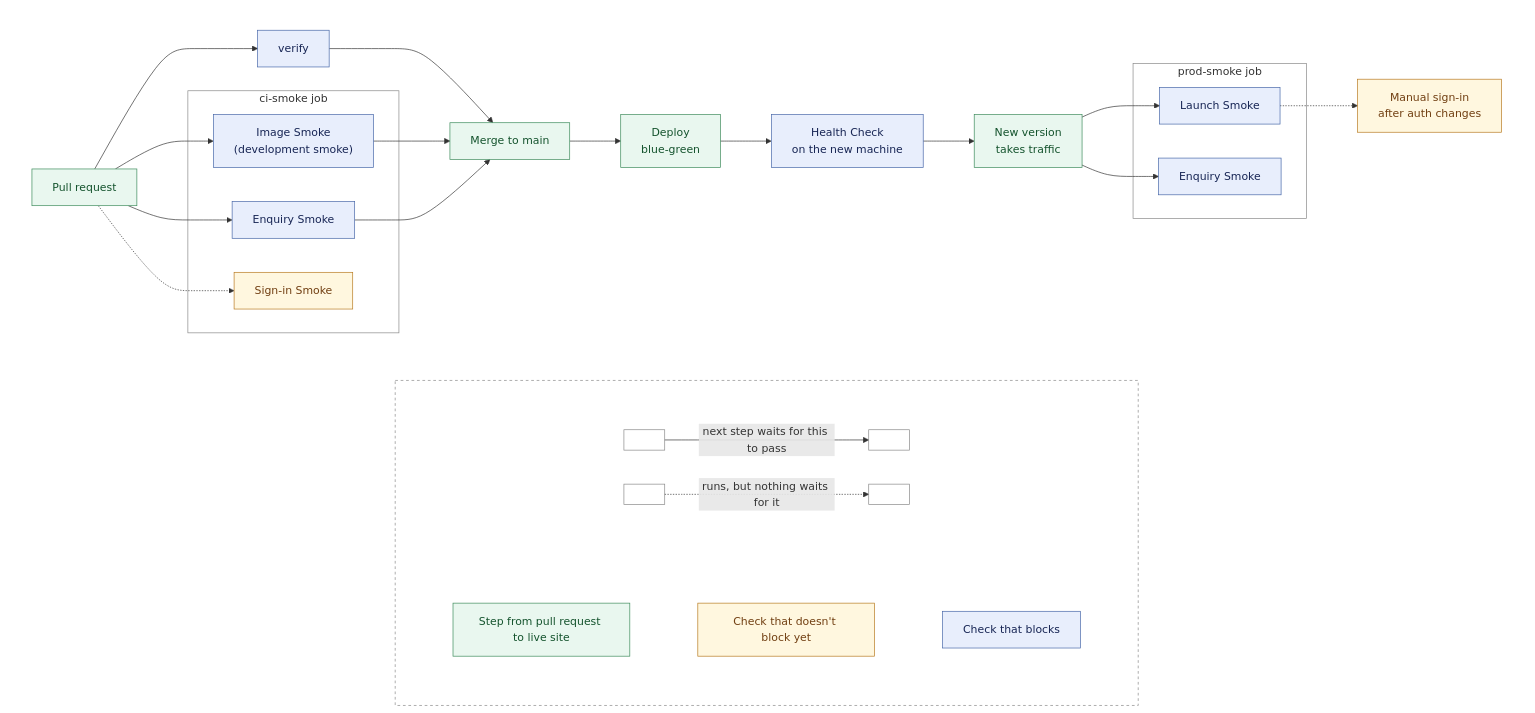
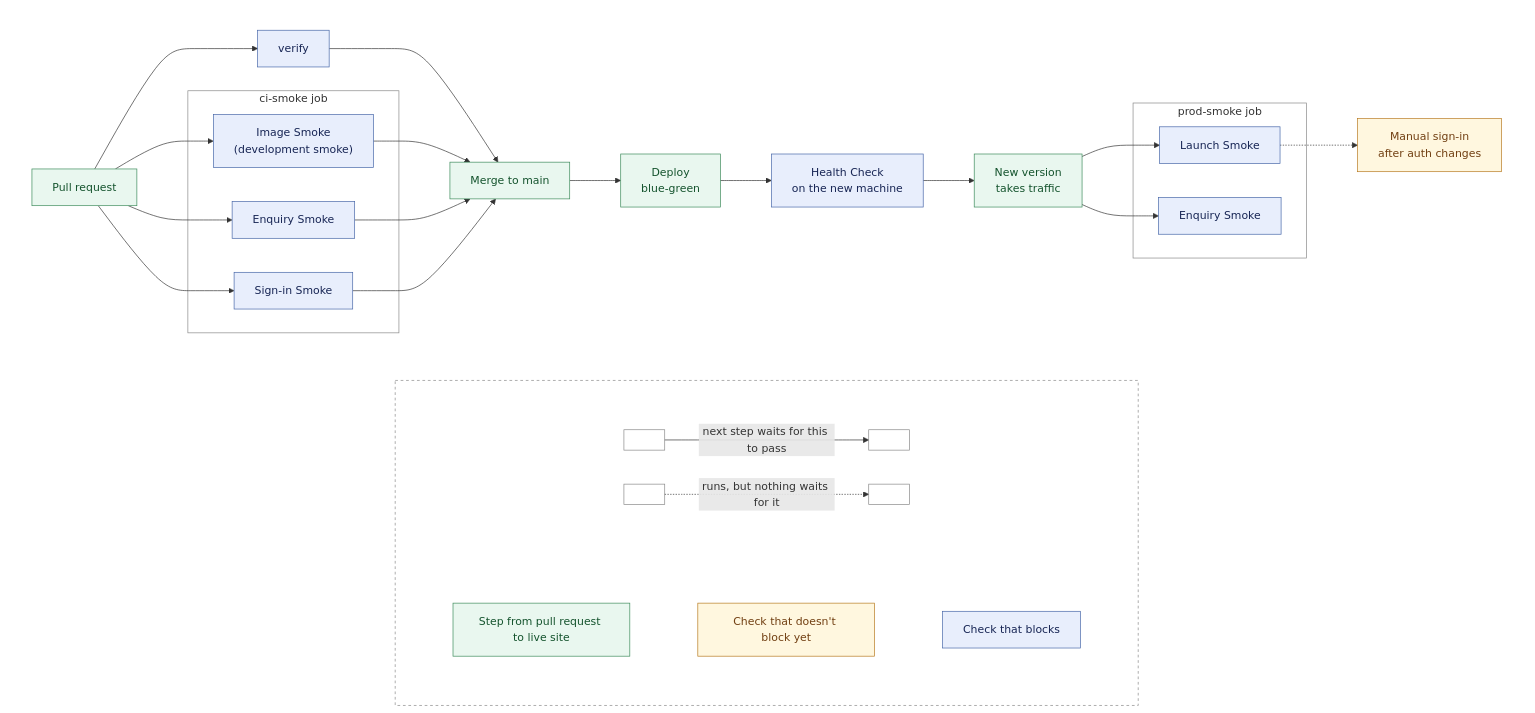
One commit to sumau/welltutored changed the diagram in docs/pipeline.md. Above: the diagram before and after it, drawn with Mermaid. The commit also changed other lines of this file and 2 other files, not shown here.

First line of the commit message:
Make the Sign-in Smoke block, and skip it on fork pull requests

````diff
--- a/docs/pipeline.md
+++ b/docs/pipeline.md
@@ -11,67 +11,68 @@
 ```mermaid
 flowchart TB
   %% From pull request to live site.
   subgraph pipeline[" "]
     direction LR
     pr["Pull request"] --> verify["verify"]
     subgraph imageJob["ci-smoke job"]
       image["Image Smoke<br/>(development smoke)"]
       enquiry["Enquiry Smoke"]
       signIn["Sign-in Smoke"]
     end
     pr --> image
     pr --> enquiry
-    pr -.-> signIn
+    pr --> signIn
     verify --> merge["Merge to main"]
     image --> merge
     enquiry --> merge
+    signIn --> merge
     merge --> deploy["Deploy<br/>blue-green"]
     deploy --> health["Health Check<br/>on the new machine"]
     health --> live["New version<br/>takes traffic"]
     subgraph prodJob["prod-smoke job"]
       launch["Launch Smoke"]
       prodEnquiry["Enquiry Smoke"]
     end
     live --> launch
     live --> prodEnquiry
     launch -.-> manual["Manual sign-in<br/>after auth changes"]
   end
 
   %% The legend. Links written ~~~ are invisible and only position things.
   subgraph legend[" "]
     direction TB
     subgraph legendArrows[" "]
       direction LR
       keyA[" "] -->|"next step waits for this to pass"| keyB[" "]
       keyC[" "] -.->|"runs, but nothing waits for it"| keyD[" "]
     end
 
     subgraph legendBoxes[" "]
       direction LR
       keyEvent["Step from pull request to live site"]
       keySoft["Check that doesn't block yet"]
       keyGate["Check that blocks"]
       keyEvent ~~~ keySoft ~~~ keyGate
     end
 
     legendArrows ~~~ legendBoxes
   end
 
   pipeline ~~~ legend
 
   classDef gate fill:#e8eefc,stroke:#4666a8,color:#172554
   classDef soft fill:#fff7df,stroke:#b7791f,color:#713f12
   classDef event fill:#e9f7ef,stroke:#3b8a5a,color:#14532d
   classDef blank fill:none,stroke:#888,color:#888
-  class verify,image,enquiry,health,launch,prodEnquiry,keyGate gate
-  class signIn,manual,keySoft soft
+  class verify,image,enquiry,signIn,health,launch,prodEnquiry,keyGate gate
+  class manual,keySoft soft
   class pr,merge,deploy,live,keyEvent event
   class keyA,keyB,keyC,keyD blank
 
   style pipeline fill:none,stroke:none
   style imageJob fill:none,stroke:#888
   style prodJob fill:none,stroke:#888
   style legend fill:none,stroke:#888,stroke-dasharray:4
   style legendArrows fill:none,stroke:none
   style legendBoxes fill:none,stroke:none
 ```
````
